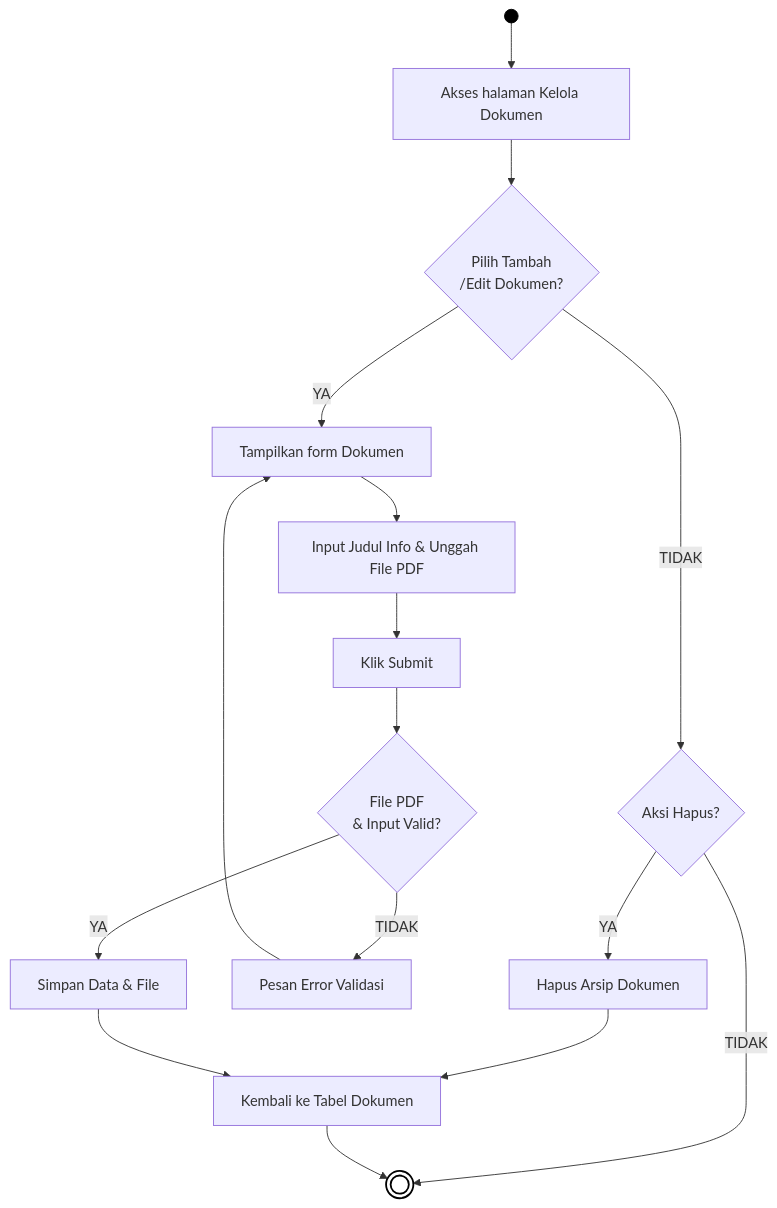
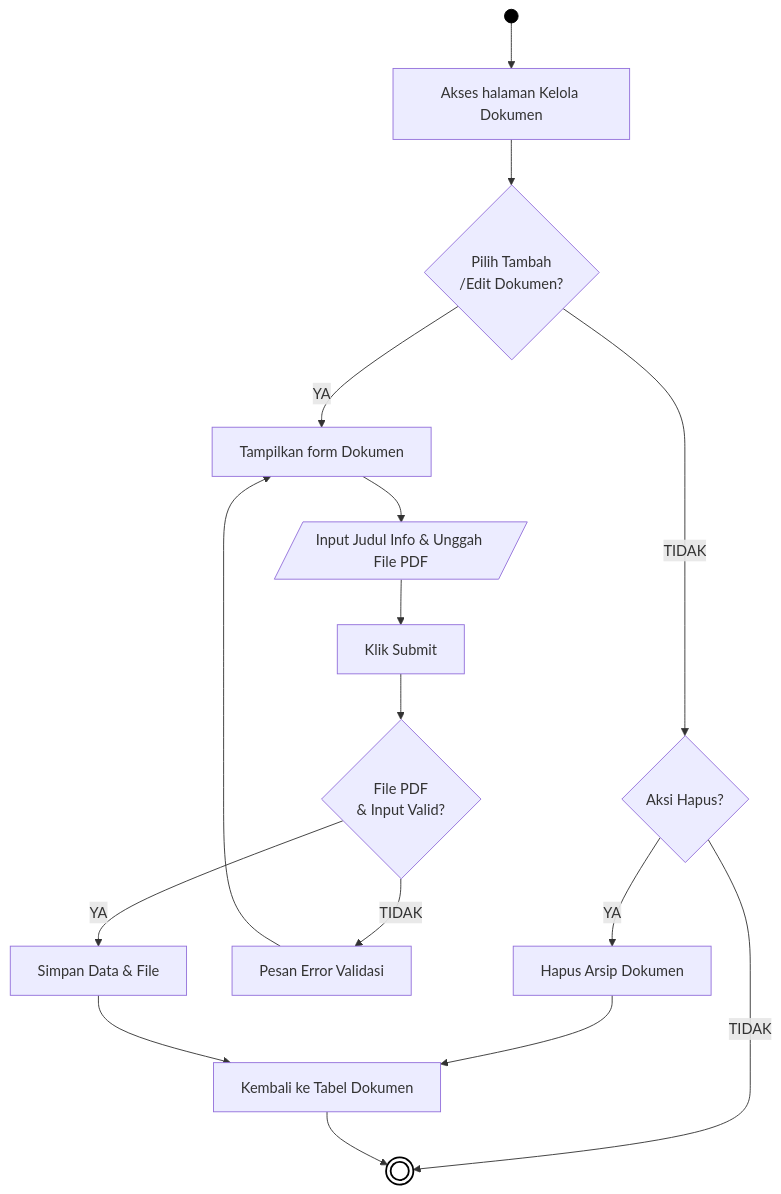
Before and after one commit to arbain-dev/Web_fikom: diagram 16 of 21 in docs/01_DIAGRAM_AKTIVITAS.md, drawn with Mermaid. The commit also changed other lines of this file and 2 other files, not shown here.

Commit message:
docs: perbaiki bentuk IO pada flowchart

````diff
--- a/docs/01_DIAGRAM_AKTIVITAS.md
+++ b/docs/01_DIAGRAM_AKTIVITAS.md
@@ -529,26 +529,26 @@
 ```mermaid
 flowchart TD
     Start(( )) --> A[Akses halaman Kelola Dokumen]
     
     A --> B{Pilih Tambah\n/Edit Dokumen?}
     
     B -- TIDAK --> Hapus{Aksi Hapus?}
     Hapus -- YA --> HC[Hapus Arsip Dokumen]
     Hapus -- TIDAK --> End((( )))
     HC --> I[Kembali ke Tabel Dokumen]
     
     B -- YA --> C[Tampilkan form Dokumen]
-    C --> D[Input Judul Info & Unggah File PDF]
+    C --> D[/Input Judul Info & Unggah File PDF/]
     D --> E[Klik Submit]
     
     E --> F{File PDF\n& Input Valid?}
     F -- TIDAK --> G[Pesan Error Validasi]
     G --> C
     
     F -- YA --> H[Simpan Data & File]
     H --> I
     I --> End
     
     style Start fill:#000,stroke:#000,color:#000
     style End fill:#fff,stroke:#000,stroke-width:2px
 ```
````
